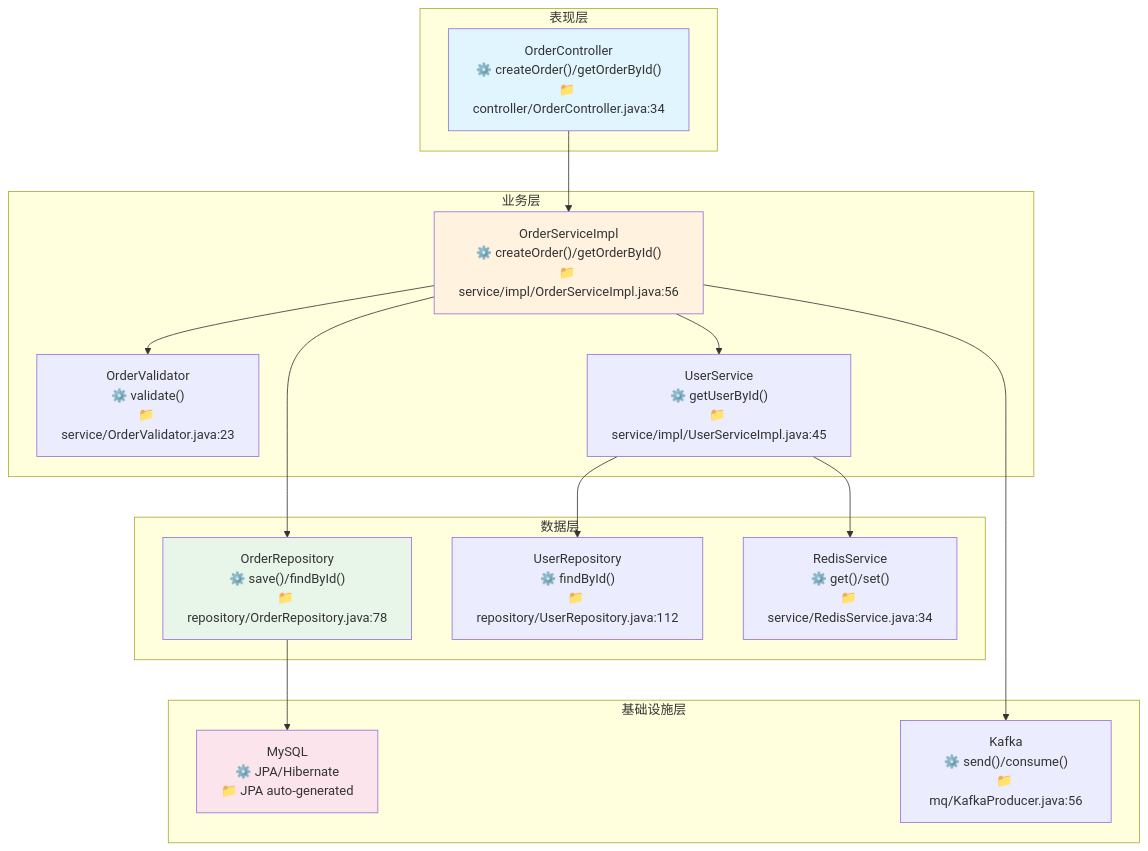
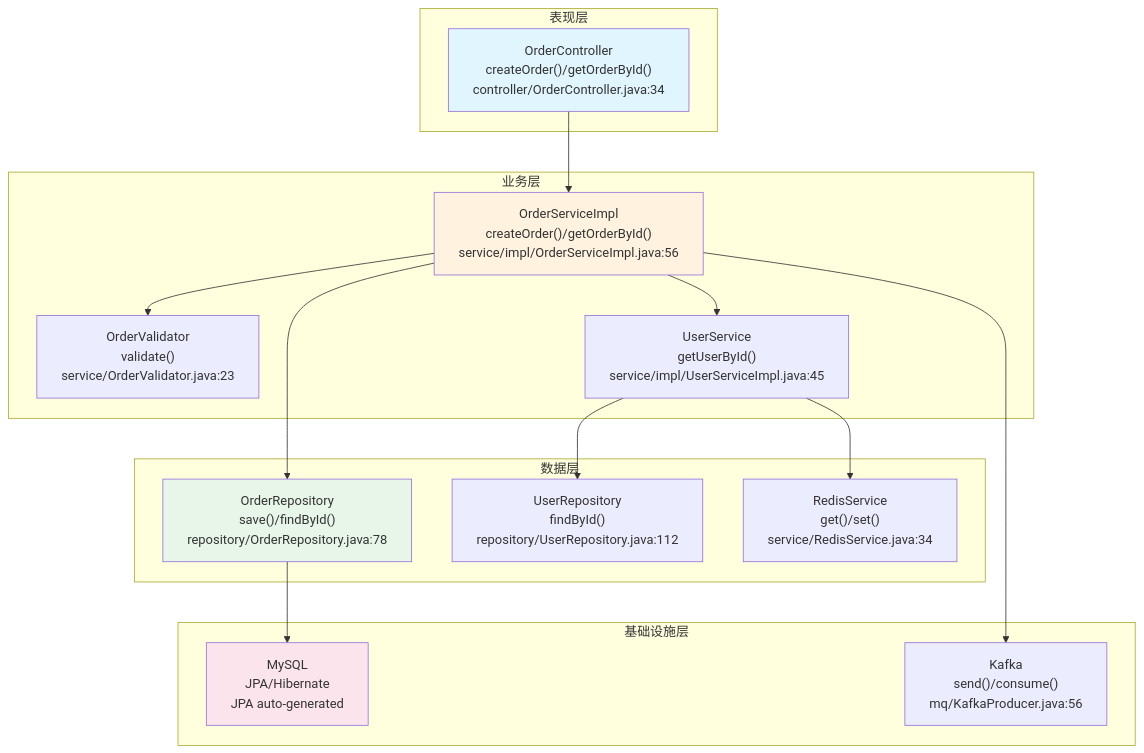
One commit to CaostGrace/project-arch-reverse changed the sixth of 6 diagrams in references/java-backend-template.md. Above: the diagram before and after it, drawn with Mermaid. The commit also changed other lines of this file and 10 other files, not shown here.

Commit message:
fix: 修复 12.1 流程图 Mermaid 渲染问题 - 结构重组+节点引号+形状修复

````diff
--- a/references/java-backend-template.md
+++ b/references/java-backend-template.md
@@ -376,37 +388,38 @@
 ```mermaid
 flowchart TB
     subgraph Presentation[表现层]
-        ORDER_CTRL["OrderController<br/>⚙️ createOrder()/getOrderById()<br/>📁 controller/OrderController.java:34"]
+        ORDER_CTRL["OrderController<br>createOrder()/getOrderById()<br>controller/OrderController.java:34"]
+    end
+    subgraph Business[业务层]
+        ORDER_SVC["OrderServiceImpl<br>createOrder()/getOrderById()<br>service/impl/OrderServiceImpl.java:56"]
+        ORDER_VALIDATOR["OrderValidator<br>validate()<br>service/OrderValidator.java:23"]
+        USER_SVC["UserService<br>getUserById()<br>service/impl/UserServiceImpl.java:45"]
+    end
+    subgraph Data[数据层]
+        ORDER_REPO["OrderRepository<br>save()/findById()<br>repository/OrderRepository.java:78"]
+        USER_REPO["UserRepository<br>findById()<br>repository/UserRepository.java:112"]
+        REDIS["RedisService<br>get()/set()<br>service/RedisService.java:34"]
+    end
+    subgraph Infrastructure[基础设施层]
+        DB["MySQL<br>JPA/Hibernate<br>JPA auto-generated"]
+        MQ["Kafka<br>send()/consume()<br>mq/KafkaProducer.java:56"]
     end
 
-    subgraph Business[业务层]
-        ORDER_SVC["OrderServiceImpl<br/>⚙️ createOrder()/getOrderById()<br/>📁 service/impl/OrderServiceImpl.java:56"]
-        ORDER_VALIDATOR["OrderValidator<br/>⚙️ validate()<br/>📁 service/OrderValidator.java:23"]
-        USER_SVC["UserService<br/>⚙️ getUserById()<br/>📁 service/impl/UserServiceImpl.java:45"]
-    end
 
-    subgraph Data[数据层]
-        ORDER_REPO["OrderRepository<br/>⚙️ save()/findById()<br/>📁 repository/OrderRepository.java:78"]
-        USER_REPO["UserRepository<br/>⚙️ findById()<br/>📁 repository/UserRepository.java:112"]
-        REDIS["RedisService<br/>⚙️ get()/set()<br/>📁 service/RedisService.java:34"]
-    end
 
-    subgraph Infrastructure[基础设施层]
-        DB["MySQL<br/>⚙️ JPA/Hibernate<br/>📁 JPA auto-generated"]
-        MQ["Kafka<br/>⚙️ send()/consume()<br/>📁 mq/KafkaProducer.java:56"]
-    end
 
-    ORDER_CTRL --> ORDER_SVC
-    ORDER_SVC --> ORDER_VALIDATOR
-    ORDER_SVC --> USER_SVC
-    ORDER_SVC --> ORDER_REPO
-    USER_SVC --> REDIS
-    USER_SVC --> USER_REPO
-    ORDER_REPO --> DB
-    ORDER_SVC --> MQ
 
-    style ORDER_CTRL fill:#e1f5fe
-    style ORDER_SVC fill:#fff3e0
-    style ORDER_REPO fill:#e8f5e9
-    style DB fill:#fce4ec
+ORDER_CTRL --> ORDER_SVC
+ORDER_SVC --> ORDER_VALIDATOR
+ORDER_SVC --> USER_SVC
+ORDER_SVC --> ORDER_REPO
+USER_SVC --> REDIS
+USER_SVC --> USER_REPO
+ORDER_REPO --> DB
+ORDER_SVC --> MQ
+
+style ORDER_CTRL fill:#e1f5fe
+style ORDER_SVC fill:#fff3e0
+style ORDER_REPO fill:#e8f5e9
+style DB fill:#fce4ec
 ```
````
